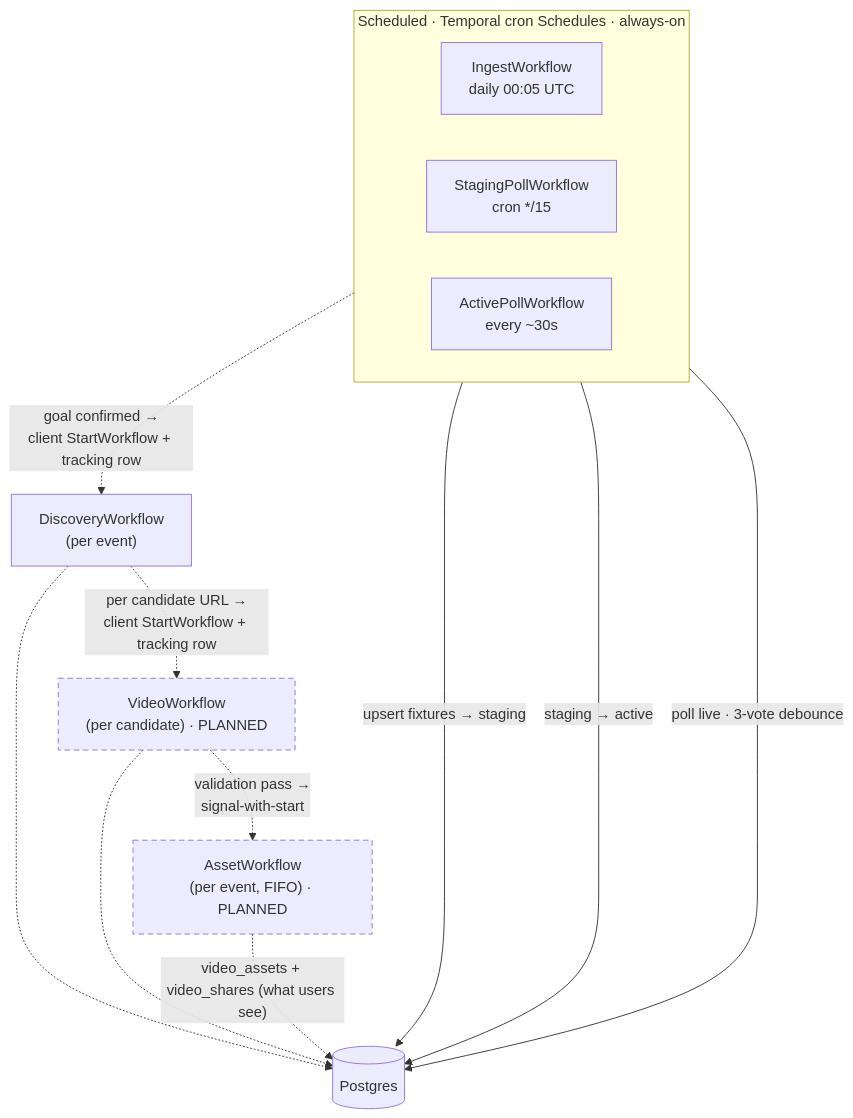
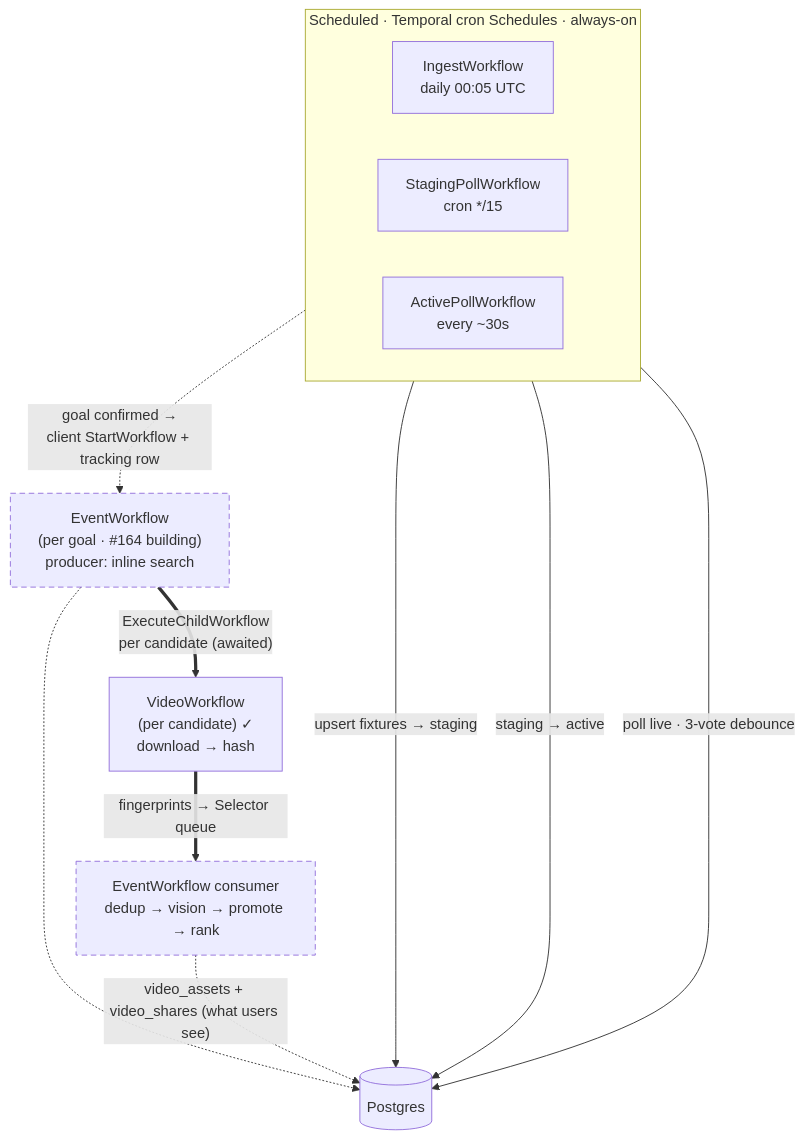
Before and after one commit to vedantadhobley/found-footy: the diagram in docs/orchestration.md, drawn with Mermaid. The commit also changed other lines of this file and 3 other files, not shown here.

First line of the commit message:
feat(workflow): VideoWorkflow child — download→hash per candidate (#165)

````diff
--- a/docs/orchestration.md
+++ b/docs/orchestration.md
@@ -49,24 +50,23 @@
 ```mermaid
 flowchart TD
     subgraph S["Scheduled · Temporal cron Schedules · always-on"]
         direction LR
         Ingest["IngestWorkflow<br/>daily 00:05 UTC"]
         Staging["StagingPollWorkflow<br/>cron */15"]
         Active["ActivePollWorkflow<br/>every ~30s"]
     end
 
     Ingest -->|"upsert fixtures → staging"| PG[("Postgres")]
     Staging -->|"staging → active"| PG
     Active -->|"poll live · 3-vote debounce"| PG
 
-    Active -.->|"goal confirmed →<br/>client StartWorkflow + tracking row"| Disc["DiscoveryWorkflow<br/>(per event)"]
-    Disc -.->|"per candidate URL →<br/>client StartWorkflow + tracking row"| Vid["VideoWorkflow<br/>(per candidate) · PLANNED"]
-    Vid -.->|"validation pass →<br/>signal-with-start"| Asset["AssetWorkflow<br/>(per event, FIFO) · PLANNED"]
+    Active -.->|"goal confirmed →<br/>client StartWorkflow + tracking row"| Disc["EventWorkflow<br/>(per goal · #164 building)<br/>producer: inline search"]
+    Disc ==>|"ExecuteChildWorkflow<br/>per candidate (awaited)"| Vid["VideoWorkflow<br/>(per candidate) ✓<br/>download → hash"]
+    Vid ==>|"fingerprints → Selector queue"| Q["EventWorkflow consumer<br/>dedup → vision → promote → rank"]
 
     Disc -.-> PG
-    Vid -.-> PG
-    Asset -.->|"video_assets + video_shares (what users see)"| PG
+    Q -.->|"video_assets + video_shares (what users see)"| PG
 
     classDef planned stroke-dasharray:6 4;
-    class Vid,Asset planned;
+    class Disc,Q planned;
 ```
````
